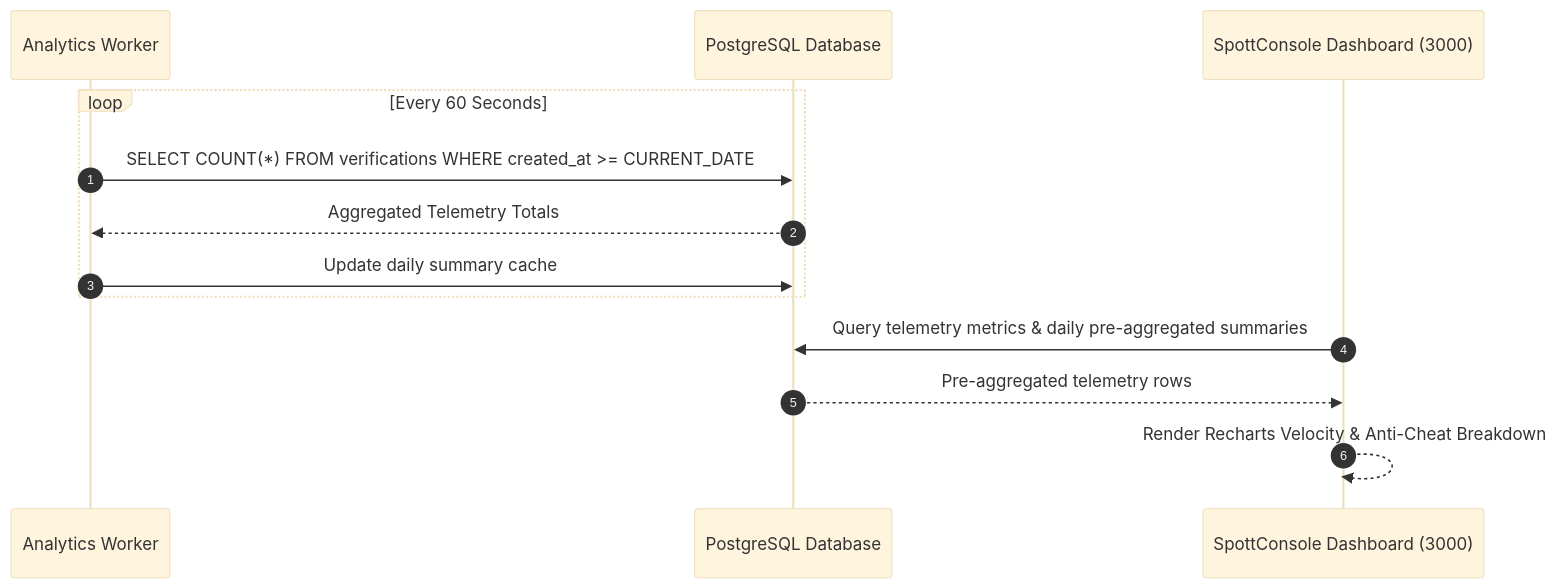
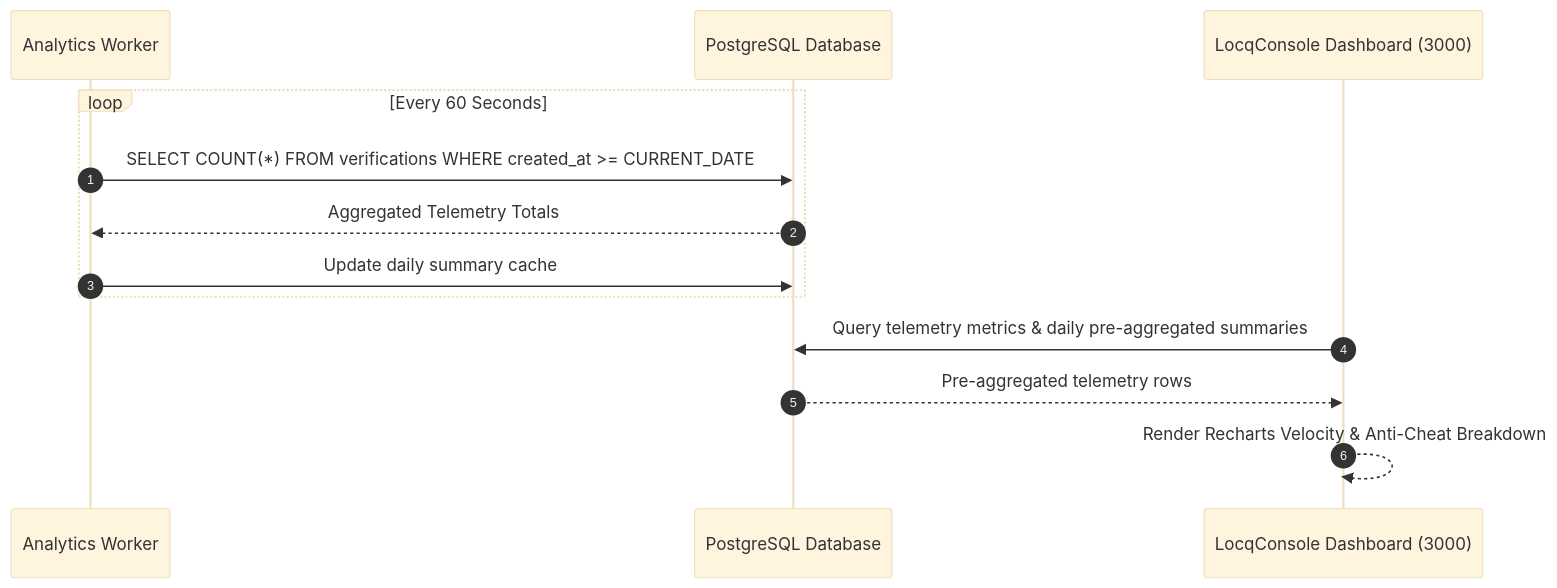
One commit to ArniyhJS/locqgeo changed the third of 3 diagrams in docs/architecture/inter_app_communication.md. Above: the diagram before and after it, drawn with Mermaid (base theme). The commit also changed other lines of this file and 168 other files, not shown here.

First line of the commit message:
feat(rebrand): rebrand platform from SpottGeo to LocqGeo across monorepo

````diff
--- a/docs/architecture/inter_app_communication.md
+++ b/docs/architecture/inter_app_communication.md
@@ -162,17 +162,17 @@
 ```mermaid
 sequenceDiagram
     autonumber
     participant Analytics as Analytics Worker
     participant DB as PostgreSQL Database
-    participant Console as SpottConsole Dashboard (3000)
+    participant Console as LocqConsole Dashboard (3000)
 
     loop Every 60 Seconds
         Analytics->>DB: SELECT COUNT(*) FROM verifications WHERE created_at >= CURRENT_DATE
         DB-->>Analytics: Aggregated Telemetry Totals
         Analytics->>DB: Update daily summary cache
     end
 
     Console->>DB: Query telemetry metrics & daily pre-aggregated summaries
     DB-->>Console: Pre-aggregated telemetry rows
     Console-->>Console: Render Recharts Velocity & Anti-Cheat Breakdown
 ```
````
